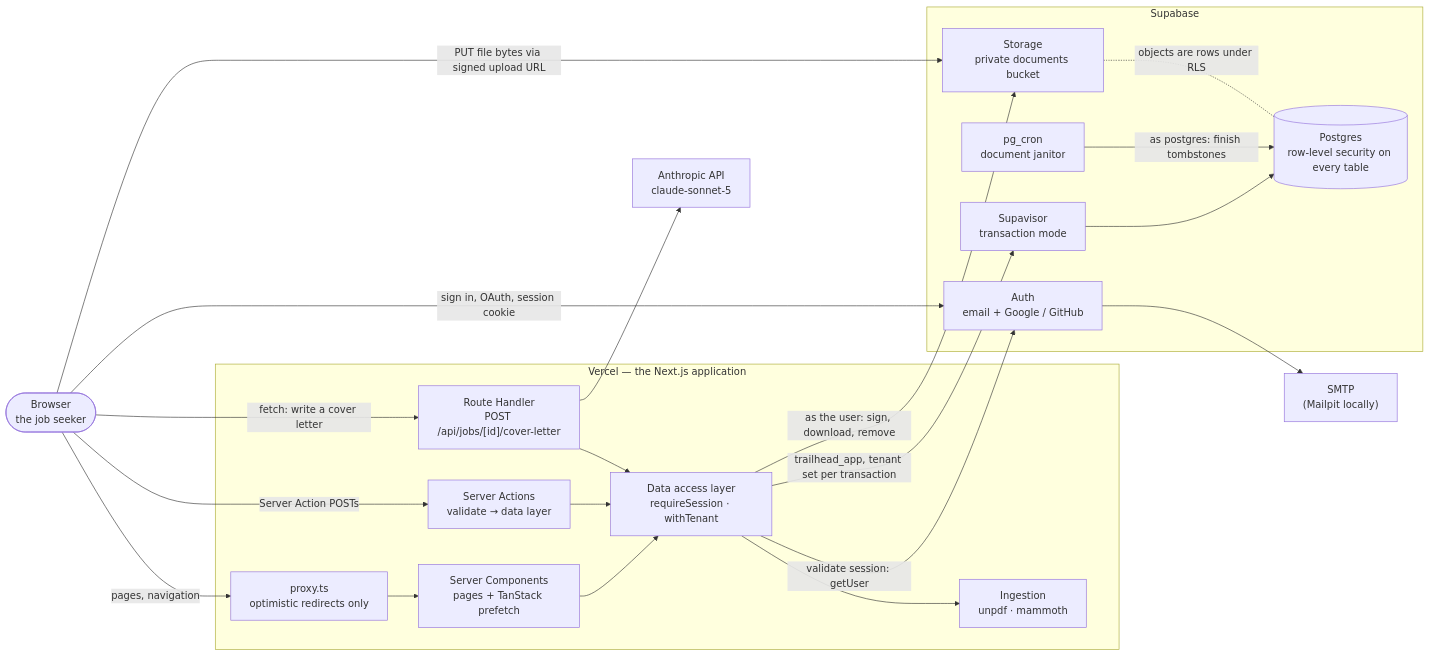
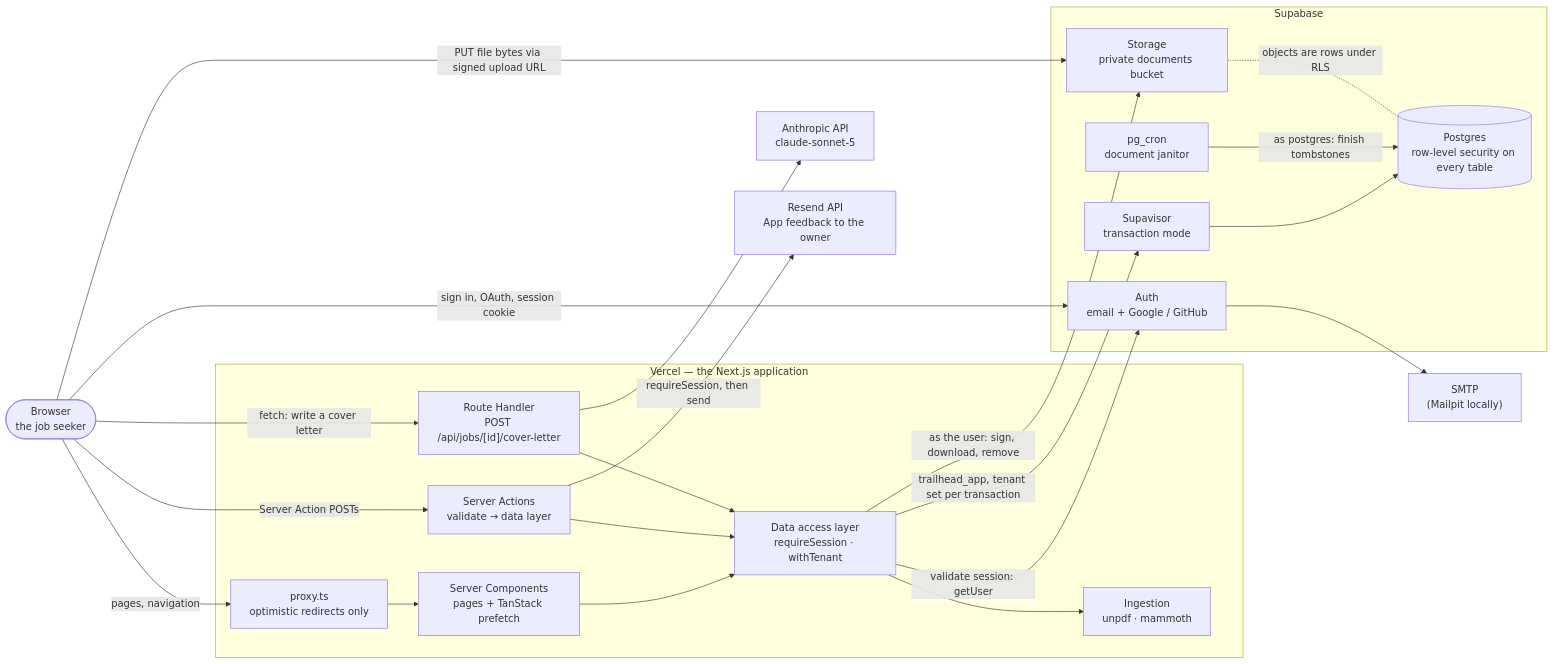
The first of 6 diagrams in docs/architecture.md (craigblunden/trailhead), drawn with Mermaid before and after one commit. The commit also changed other lines of this file and 11 other files, not shown here.

First line of the commit message:
App feedback: a Feedback button beside the account menu emails the owner

````diff
--- a/docs/architecture.md
+++ b/docs/architecture.md
@@ -13,42 +14,44 @@
 ```mermaid
 flowchart LR
   browser(["Browser<br/>the job seeker"])
 
   subgraph vercel["Vercel — the Next.js application"]
     proxy["proxy.ts<br/>optimistic redirects only"]
     pages["Server Components<br/>pages + TanStack prefetch"]
     actions["Server Actions<br/>validate → data layer"]
     route["Route Handler<br/>POST /api/jobs/[id]/cover-letter"]
     dal["Data access layer<br/>requireSession · withTenant"]
     ingest["Ingestion<br/>unpdf · mammoth"]
   end
 
   subgraph supabase["Supabase"]
     auth["Auth<br/>email + Google / GitHub"]
     pooler["Supavisor<br/>transaction mode"]
     pg[("Postgres<br/>row-level security on every table")]
     storage["Storage<br/>private documents bucket"]
     cron["pg_cron<br/>document janitor"]
   end
 
   anthropic["Anthropic API<br/>claude-sonnet-5"]
   smtp["SMTP<br/>(Mailpit locally)"]
+  resend["Resend API<br/>App feedback to the owner"]
 
   browser -->|"pages, navigation"| proxy --> pages
   browser -->|"Server Action POSTs"| actions
   browser -->|"fetch: write a cover letter"| route
   browser -->|"sign in, OAuth, session cookie"| auth
   browser -->|"PUT file bytes via signed upload URL"| storage
 
   pages --> dal
   actions --> dal
   route --> dal
   route --> anthropic
+  actions -->|"requireSession, then send"| resend
   dal -->|"validate session: getUser"| auth
   dal -->|"trailhead_app, tenant set per transaction"| pooler --> pg
   dal -->|"as the user: sign, download, remove"| storage
   dal --> ingest
   auth --> smtp
   cron -->|"as postgres: finish tombstones"| pg
   storage -. "objects are rows under RLS" .- pg
 ```
````
